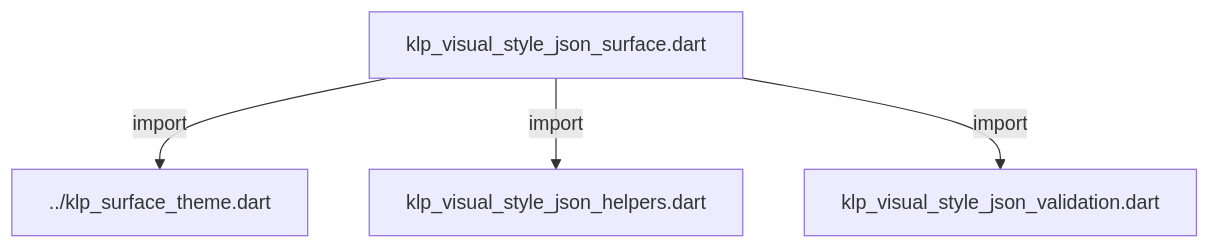
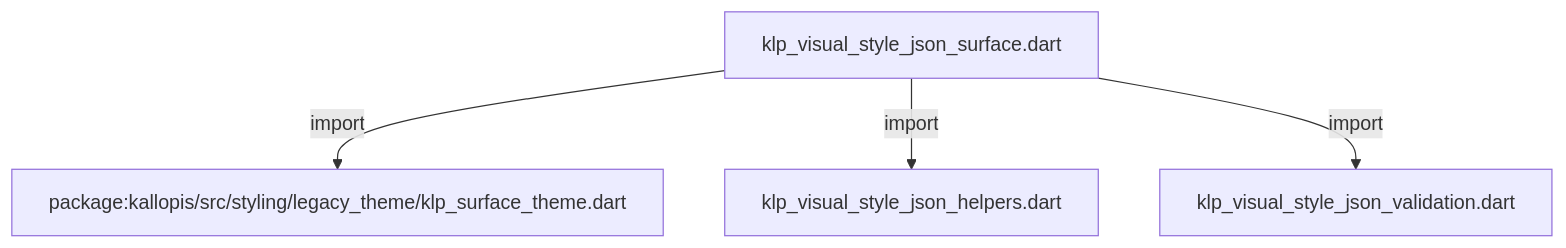
One commit to MiuDog/Kallopis changed the diagram in docs/architecture/src/styling/legacy_theme/internal/klp_visual_style_json_surface.md. Above: the diagram before and after it, drawn with Mermaid. The commit also changed other lines of this file and 9688 other files, not shown here.

Commit message:
Prepare isolated Flow F2 peer baseline

````diff
--- a/docs/architecture/src/styling/legacy_theme/internal/klp_visual_style_json_surface.md
+++ b/docs/architecture/src/styling/legacy_theme/internal/klp_visual_style_json_surface.md
@@ -11,10 +11,10 @@
 ```mermaid
 flowchart TD
 	n0["klp_visual_style_json_surface.dart"]
-	n1["../klp_surface_theme.dart"]
+	n1["package:kallopis/src/styling/legacy_theme/klp_surface_theme.dart"]
 	n2["klp_visual_style_json_helpers.dart"]
 	n3["klp_visual_style_json_validation.dart"]
 	n0 -->|"import"| n1
 	n0 -->|"import"| n2
 	n0 -->|"import"| n3
 ```
````
